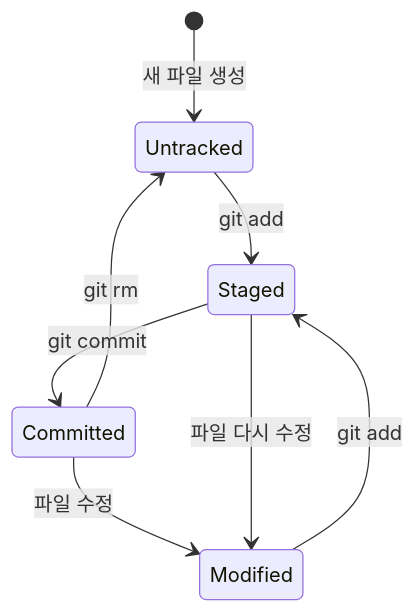
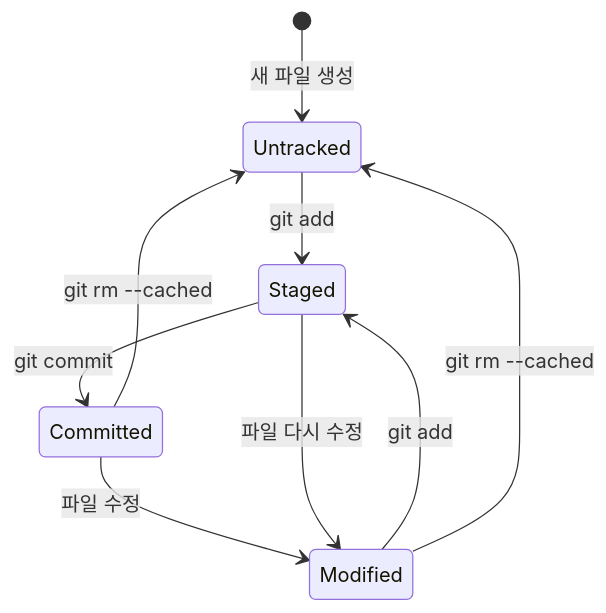
Before and after one commit to lee6147/RROO: the second of 4 diagrams in README.md, drawn with Mermaid. The commit also changed other lines of this file, not shown here.

Commit message:
Git : A to Z

````diff
--- a/README.md
+++ b/README.md
@@ -220,10 +275,11 @@
 ```mermaid
 stateDiagram-v2
     [*] --> Untracked : 새 파일 생성
     Untracked --> Staged : git add
     Staged --> Committed : git commit
     Committed --> Modified : 파일 수정
     Modified --> Staged : git add
     Staged --> Modified : 파일 다시 수정
-    Committed --> Untracked : git rm
+    Committed --> Untracked : git rm --cached
+    Modified --> Untracked : git rm --cached
 ```
````
